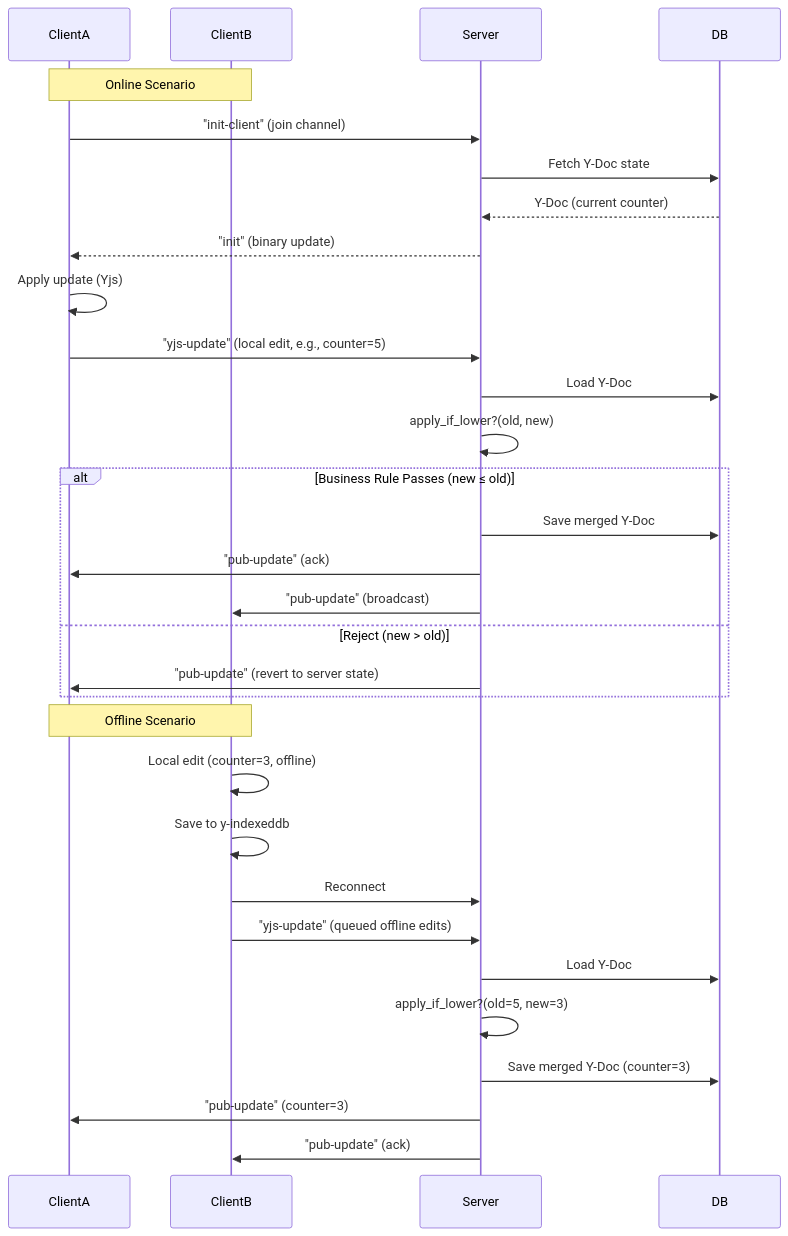
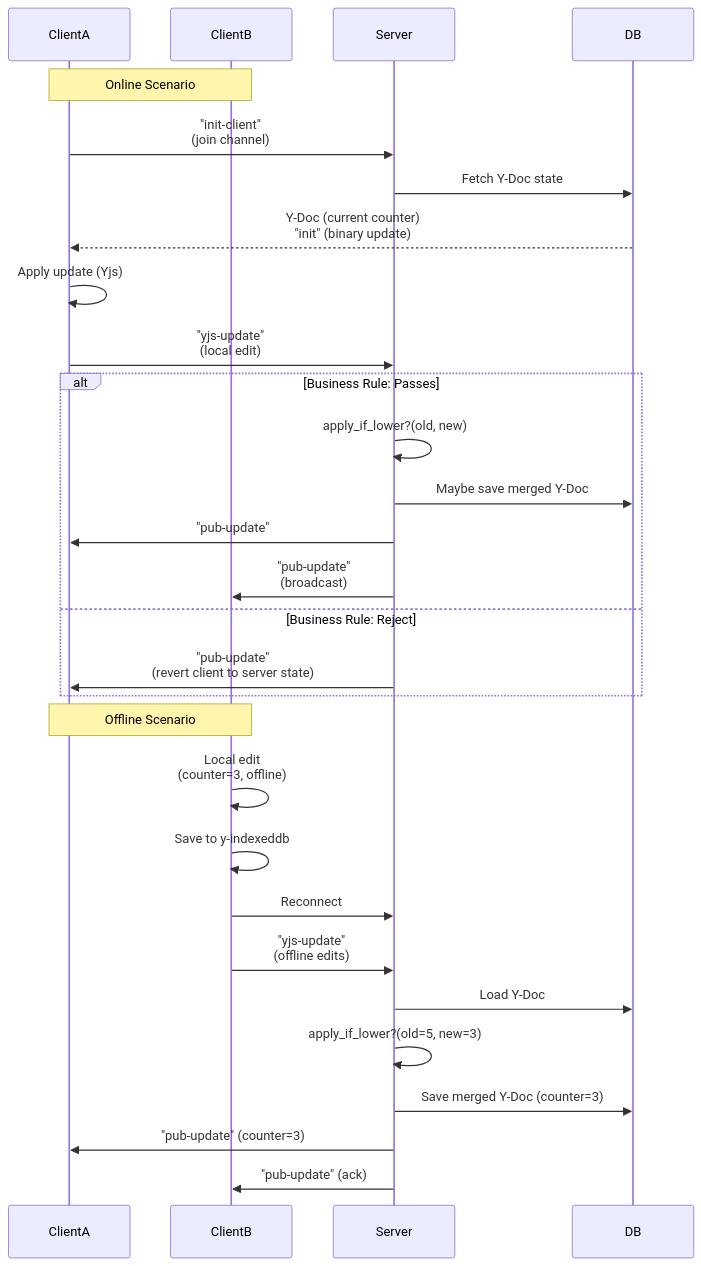
Before and after one commit to dwyl/PWA-Liveview: the fourth of 6 diagrams in README.md, drawn with Mermaid. The commit also changed other lines of this file and 2 other files, not shown here.

````diff
--- a/README.md
+++ b/README.md
@@ -343,35 +388,33 @@
 ```mermaid
 sequenceDiagram
     participant ClientA
     participant ClientB
     participant Server
     participant DB
 
     Note over ClientA,ClientB: Online Scenario
-    ClientA->>Server: "init-client" (join channel)
+    ClientA->>Server: "init-client" <br> (join channel)
     Server->>DB: Fetch Y-Doc state
-    DB-->>Server: Y-Doc (current counter)
-    Server-->>ClientA: "init" (binary update)
+    DB-->>ClientA: Y-Doc (current counter) <br> "init" (binary update)
     ClientA->>ClientA: Apply update (Yjs)
-    ClientA->>Server: "yjs-update" (local edit, e.g., counter=5)
-    Server->>DB: Load Y-Doc
-    Server->>Server: apply_if_lower?(old, new)
-    alt Business Rule Passes (new ≤ old)
-        Server->>DB: Save merged Y-Doc
-        Server->>ClientA: "pub-update" (ack)
-        Server->>ClientB: "pub-update" (broadcast)
-    else Reject (new > old)
-        Server->>ClientA: "pub-update" (revert to server state)
+    ClientA->>Server: "yjs-update" <br>(local edit)
+    alt Business Rule: Passes
+        Server->>Server: apply_if_lower?(old, new)
+        Server->>DB: Maybe save merged Y-Doc
+        Server->>ClientA: "pub-update"
+        Server->>ClientB: "pub-update" <br> (broadcast)
+    else Business Rule: Reject
+        Server->>ClientA: "pub-update" <br> (revert client to server state)
     end
 
     Note over ClientA,ClientB: Offline Scenario
-    ClientB->>ClientB: Local edit (counter=3, offline)
+    ClientB->>ClientB: Local edit <br>(counter=3, offline)
     ClientB->>ClientB: Save to y-indexeddb
     ClientB->>Server: Reconnect
-    ClientB->>Server: "yjs-update" (queued offline edits)
+    ClientB->>Server: "yjs-update" <br>(offline edits)
     Server->>DB: Load Y-Doc
     Server->>Server: apply_if_lower?(old=5, new=3)
     Server->>DB: Save merged Y-Doc (counter=3)
     Server->>ClientA: "pub-update" (counter=3)
     Server->>ClientB: "pub-update" (ack)
 ```
````
